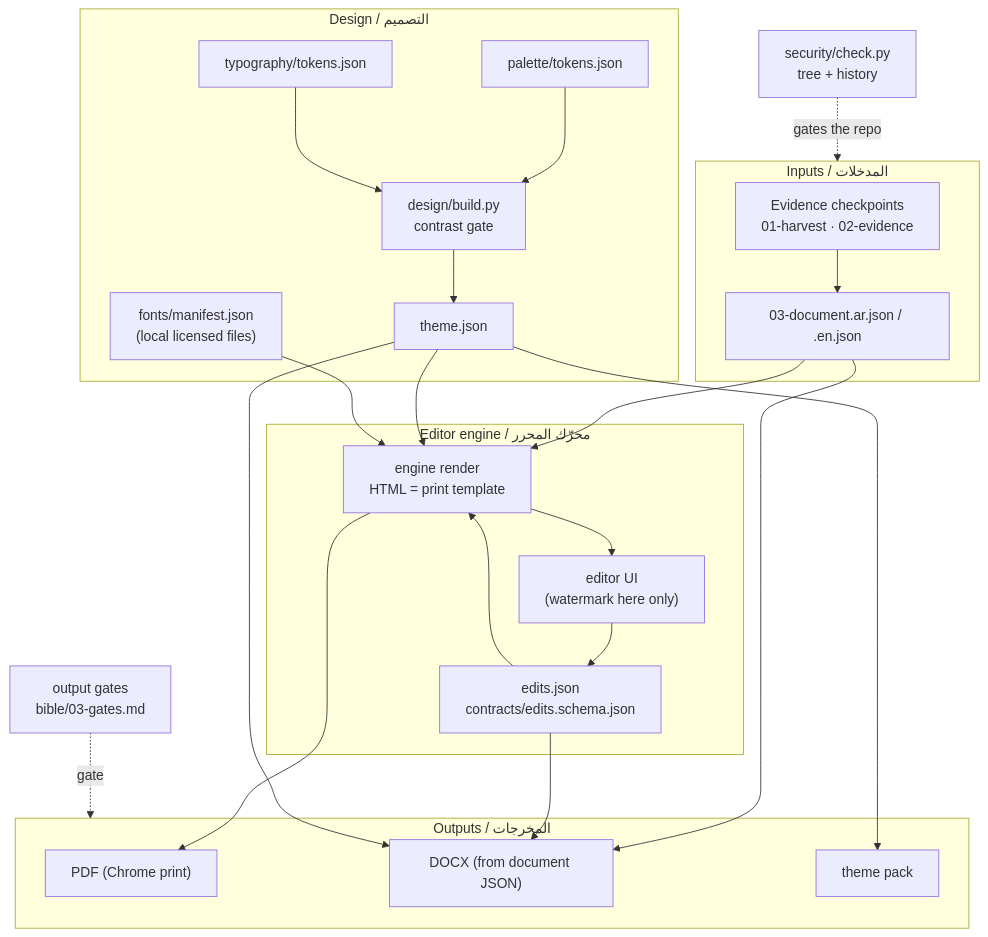
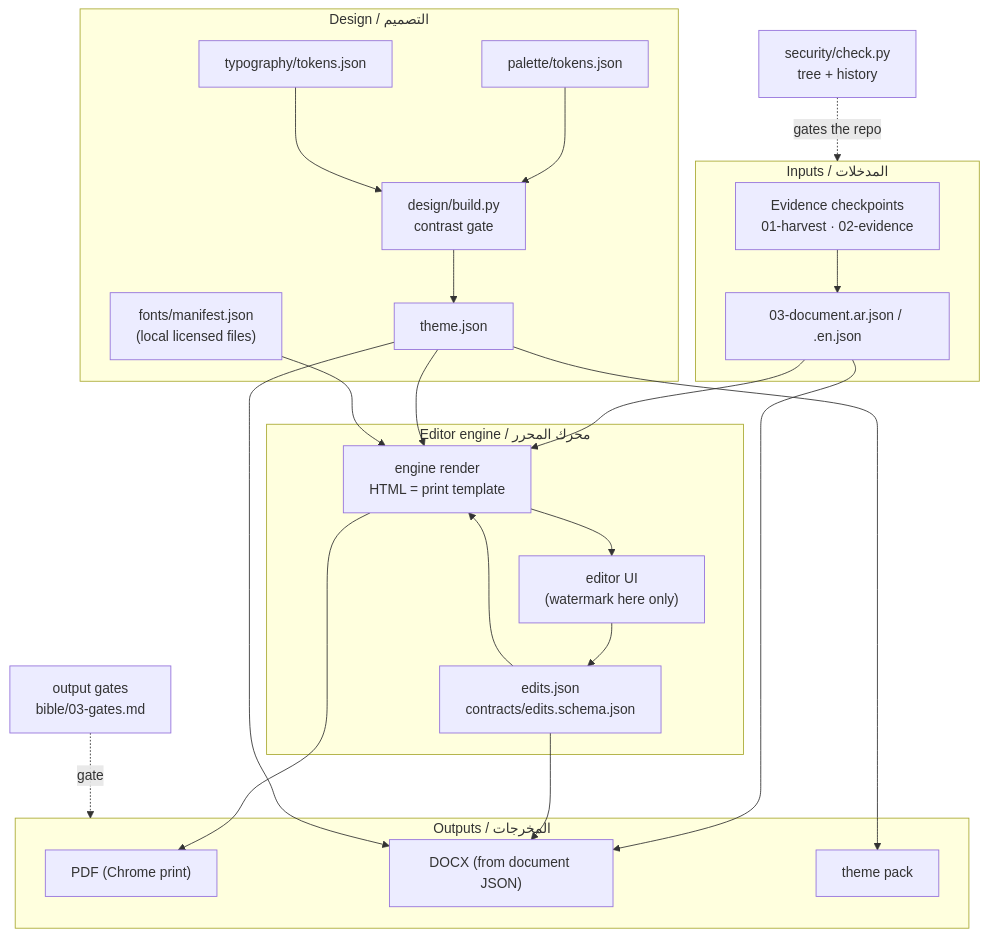
The diagram in docs/architecture.md (NJ-Burrito/Business-Wrap), drawn with Mermaid before and after one commit. The commit also changed other lines of this file and 28 other files, not shown here.

````diff
--- a/docs/architecture.md
+++ b/docs/architecture.md
@@ -11,34 +11,34 @@
 ```mermaid
 flowchart TB
   subgraph Inputs["Inputs / المدخلات"]
     EV["Evidence checkpoints<br/>01-harvest · 02-evidence"]
     DOC["03-document.ar.json / .en.json"]
   end
   subgraph Design["Design / التصميم"]
     PAL["palette/tokens.json"] --> BUILD["design/build.py<br/>contrast gate"]
     TYP["typography/tokens.json"] --> BUILD
     FON["fonts/manifest.json<br/>(local licensed files)"]
     BUILD --> THEME["theme.json"]
   end
-  subgraph Editor["Editor engine / محرّك المحرر"]
+  subgraph Editor["Editor engine / محرك المحرر"]
     REN["engine render<br/>HTML = print template"]
     UI["editor UI<br/>(watermark here only)"]
     ED["edits.json<br/>contracts/edits.schema.json"]
   end
   subgraph Outputs["Outputs / المخرجات"]
     PDF["PDF (Chrome print)"]
     DOCX["DOCX (from document JSON)"]
     PACK["theme pack"]
   end
   EV --> DOC --> REN
   THEME --> REN
   FON --> REN
   REN --> UI --> ED --> REN
   REN --> PDF
   DOC --> DOCX
   ED --> DOCX
   THEME --> DOCX
   THEME --> PACK
   SEC["security/check.py<br/>tree + history"] -. gates the repo .-> Inputs
   GATES["output gates<br/>bible/03-gates.md"] -. gate .-> Outputs
 ```
````
